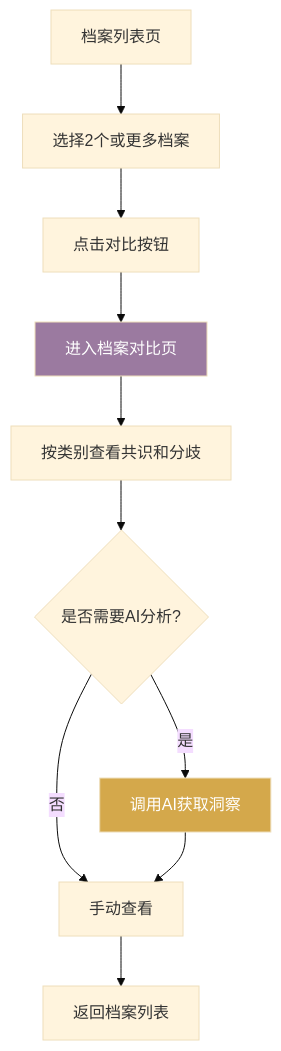
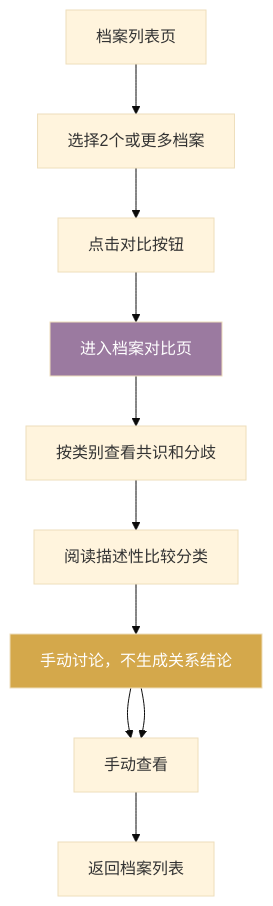
One commit to Tenlossiby/relationship-anarchy-smorgasbord-cn changed the fourth of 13 diagrams in docs/USER-FLOW.md. Above: the diagram before and after it, drawn with Mermaid (base theme). The commit also changed other lines of this file and 29 other files, not shown here.

````diff
--- a/docs/USER-FLOW.md
+++ b/docs/USER-FLOW.md
@@ -114,15 +114,15 @@
 ```mermaid
 flowchart TD
     A[档案列表页] --> B[选择2个或更多档案]
     B --> C[点击对比按钮]
     C --> D[进入档案对比页]
     D --> E[按类别查看共识和分歧]
-    E --> F{是否需要AI分析?}
-    F -->|是| G[调用AI获取洞察]
-    F -->|否| H[手动查看]
+    E --> F[阅读描述性比较分类]
+    F --> G[手动讨论，不生成关系结论]
+    G --> H[手动查看]
     G --> H
     H --> I[返回档案列表]
 
     style D fill:#9B7AA0,color:#fff
     style G fill:#D4A84B,color:#fff
 ```
````
